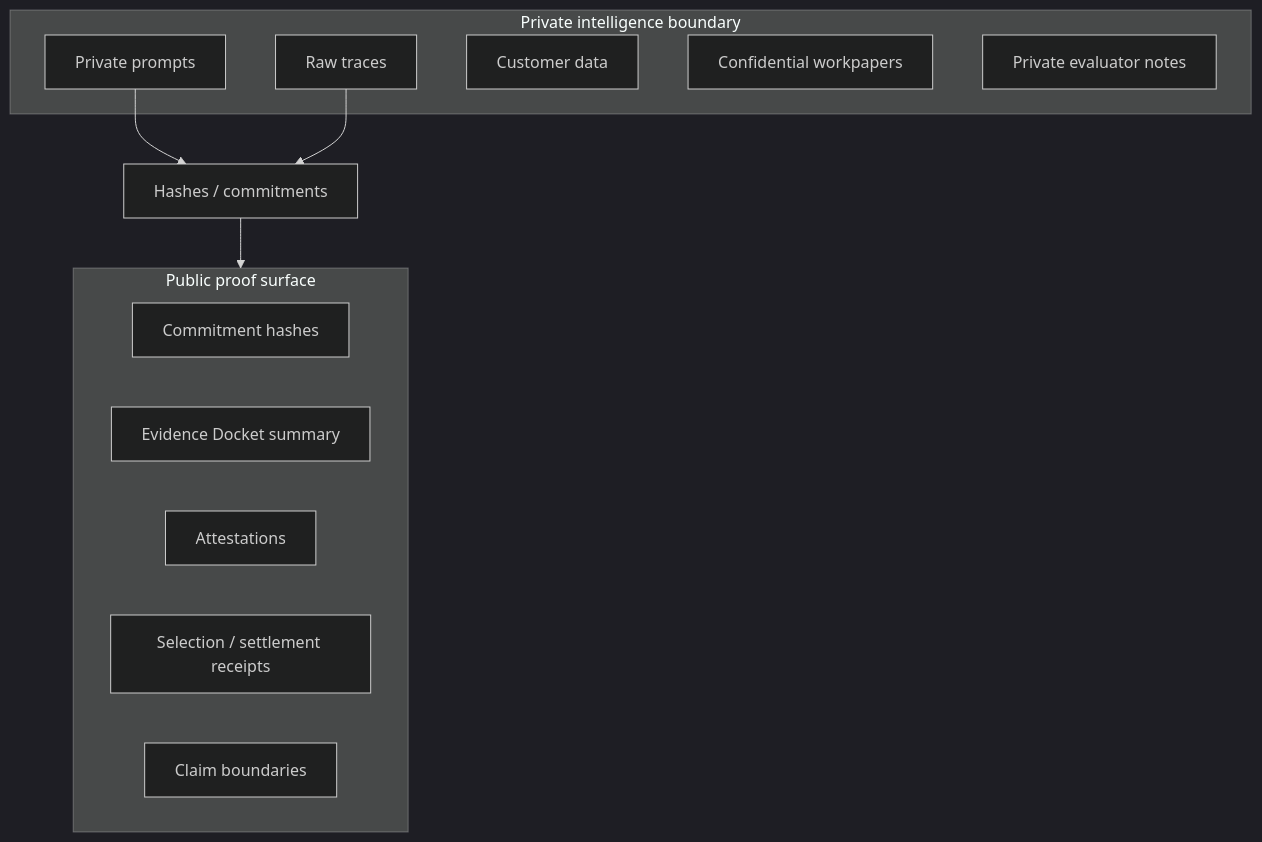
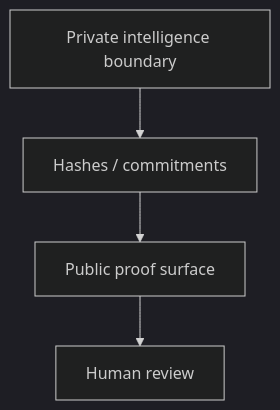
One commit to MontrealAI/goalos-agijobmanager-ascension changed the second of 2 diagrams in dist/docs/ARCHITECTURE.md. Above: the diagram before and after it, drawn with Mermaid (dark theme). The commit also changed other lines of this file and 49 other files, not shown here.

````diff
--- a/dist/docs/ARCHITECTURE.md
+++ b/dist/docs/ARCHITECTURE.md
@@ -47,20 +16,6 @@
 ```mermaid
 flowchart TB
-  subgraph Public["Public proof surface"]
-    P1[Commitment hashes]
-    P2[Evidence Docket summary]
-    P3[Attestations]
-    P4[Selection / settlement receipts]
-    P5[Claim boundaries]
-  end
-  subgraph Private["Private intelligence boundary"]
-    X1[Private prompts]
-    X2[Raw traces]
-    X3[Customer data]
-    X4[Confidential workpapers]
-    X5[Private evaluator notes]
-  end
-  X1 --> H[Hashes / commitments]
-  X2 --> H
-  H --> Public
+  Private[Private intelligence boundary] --> Hashes[Hashes / commitments]
+  Hashes --> Public[Public proof surface]
+  Public --> Review[Human review]
 ```
````
